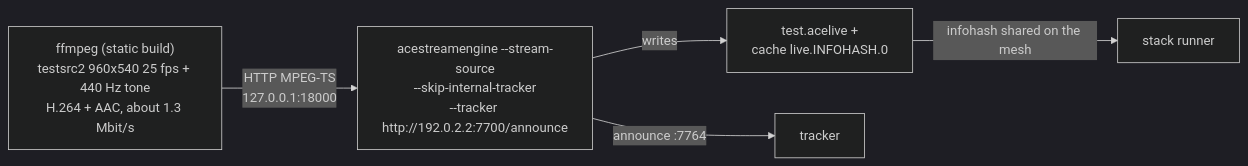
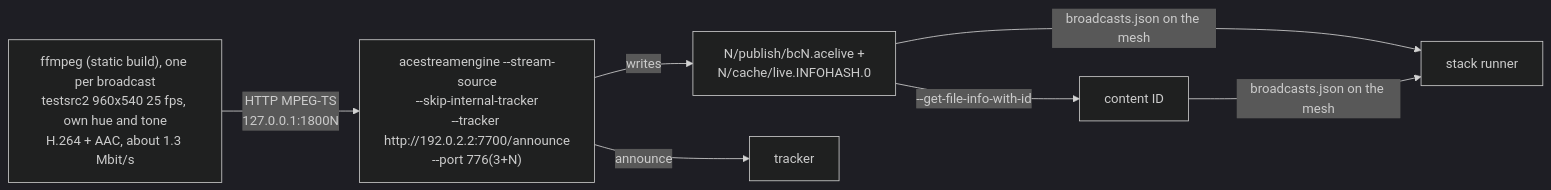
Before and after one commit to sergimn/AceSwarm: the fifth of 10 diagrams in e2e/README.md, drawn with Mermaid (dark theme). The commit also changed other lines of this file and 43 other files, not shown here.

````diff
--- a/e2e/README.md
+++ b/e2e/README.md
@@ -198,7 +148,8 @@
 ```mermaid
 flowchart LR
-  FF["ffmpeg (static build)<br/>testsrc2 960x540 25 fps + 440 Hz tone<br/>H.264 + AAC, about 1.3 Mbit/s"] -- "HTTP MPEG-TS<br/>127.0.0.1:18000" --> SRC["acestreamengine --stream-source<br/>--skip-internal-tracker<br/>--tracker http://192.0.2.2:7700/announce"]
-  SRC -- "writes" --> ACE["test.acelive +<br/>cache live.INFOHASH.0"]
-  SRC -- "announce :7764" --> TR[tracker]
-  ACE -- "infohash shared on the mesh" --> TESTS[stack runner]
+  FF["ffmpeg (static build), one per broadcast<br/>testsrc2 960x540 25 fps, own hue and tone<br/>H.264 + AAC, about 1.3 Mbit/s"] -- "HTTP MPEG-TS<br/>127.0.0.1:1800N" --> SRC["acestreamengine --stream-source<br/>--skip-internal-tracker<br/>--tracker http://192.0.2.2:7700/announce<br/>--port 776(3+N)"]
+  SRC -- "writes" --> ACE["N/publish/bcN.acelive +<br/>N/cache/live.INFOHASH.0"]
+  ACE -- "--get-file-info-with-id" --> CID[content ID]
+  SRC -- announce --> TR[tracker]
+  ACE & CID -- "broadcasts.json on the mesh" --> TESTS[stack runner]
 ```
````
